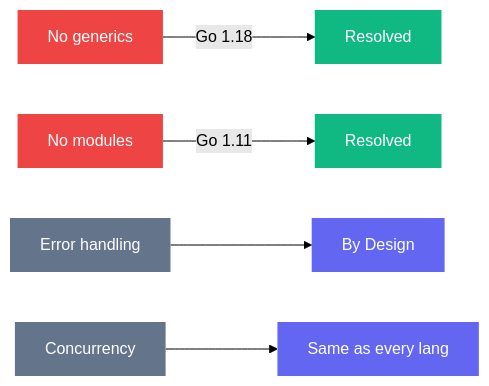
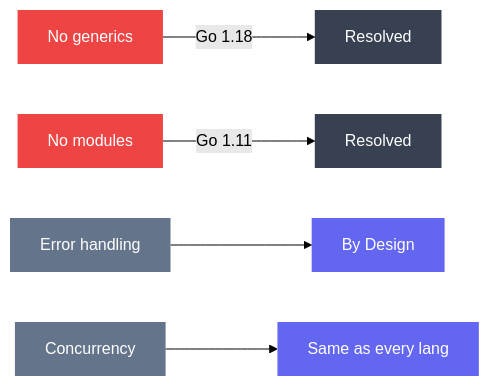
Before and after one commit to ashwingopalsamy/site: the first of 2 diagrams in content/writing/go-was-never-bad.md, drawn with Mermaid (forest theme). The commit also changed other lines of this file and 26 other files, not shown here.

```diff
--- a/content/writing/go-was-never-bad.md
+++ b/content/writing/go-was-never-bad.md
@@ -18,16 +18,16 @@
 {{< mermaid >}}
 graph LR
     A["No generics"] -- "Go 1.18" --> B["Resolved"]
     C["No modules"] -- "Go 1.11" --> D["Resolved"]
     E["Error handling"] --> F["By Design"]
     G["Concurrency"] --> H["Same as every lang"]
 
-    style B fill:#10b981,color:#fff,stroke:none
-    style D fill:#10b981,color:#fff,stroke:none
+    style B fill:#374151,color:#fff,stroke:none
+    style D fill:#374151,color:#fff,stroke:none
     style F fill:#6366f1,color:#fff,stroke:none
     style H fill:#6366f1,color:#fff,stroke:none
     style A fill:#ef4444,color:#fff,stroke:none
     style C fill:#ef4444,color:#fff,stroke:none
     style E fill:#64748b,color:#fff,stroke:none
     style G fill:#64748b,color:#fff,stroke:none
 {{< /mermaid >}}
```
